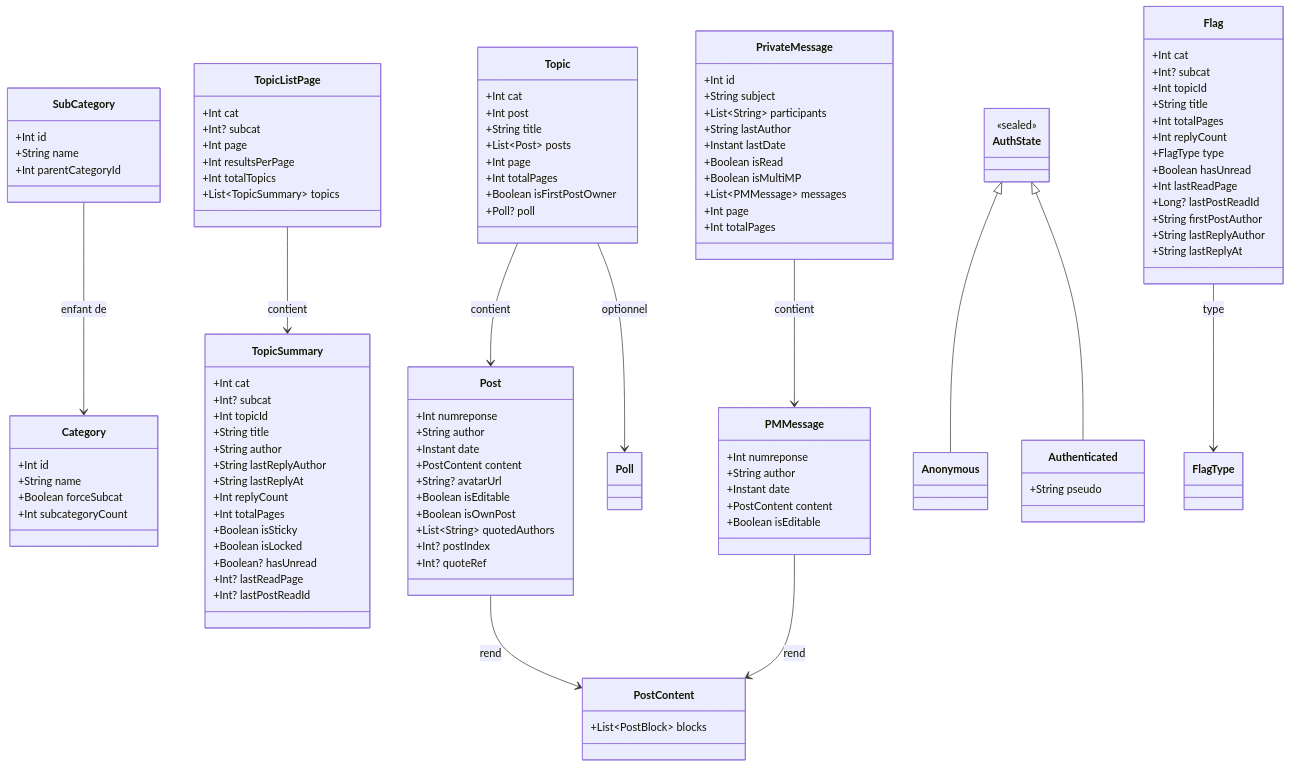
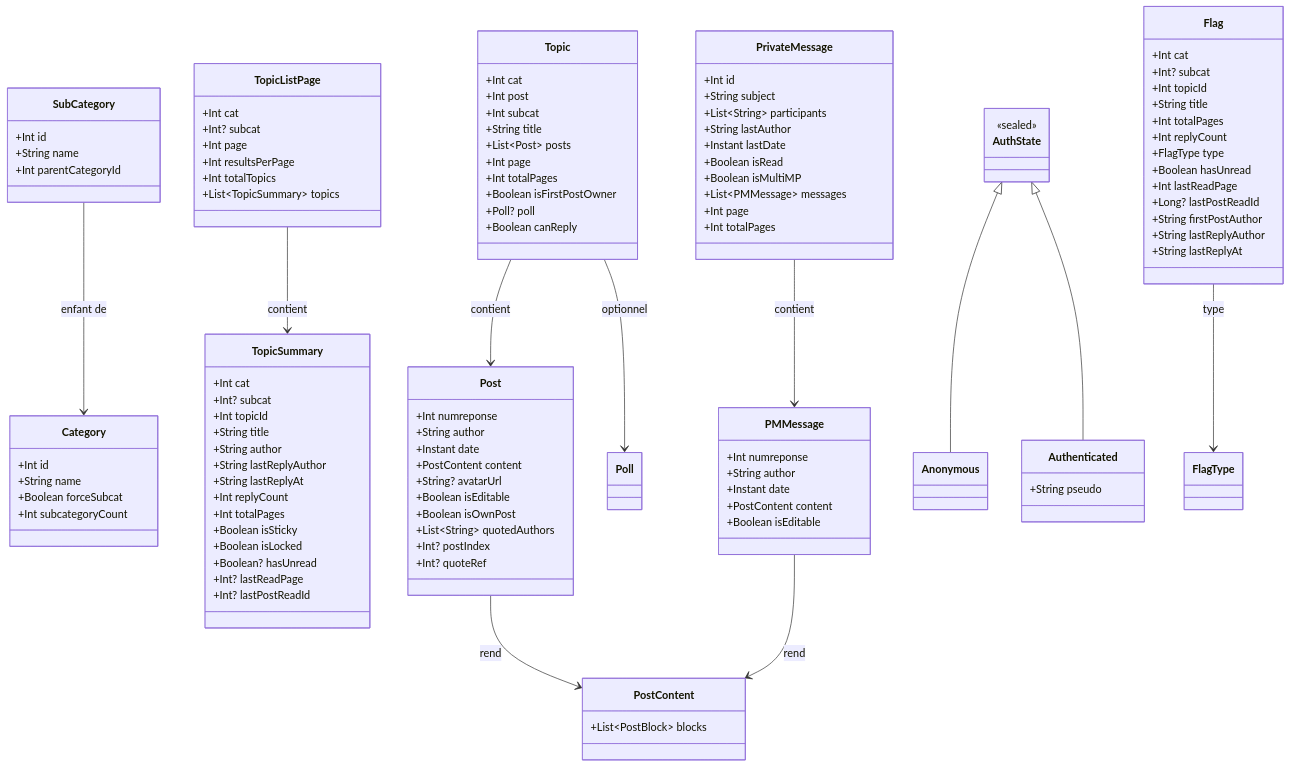
One commit to ForumHFR/redface2 changed the diagram in docs/specs/models.md. Above: the diagram before and after it, drawn with Mermaid. The commit also changed other lines of this file and 58 other files, not shown here.

```diff
--- a/docs/specs/models.md
+++ b/docs/specs/models.md
@@ -73,12 +73,14 @@
     class Topic {
         +Int cat
         +Int post
+        +Int subcat
         +String title
         +List~Post~ posts
         +Int page
         +Int totalPages
         +Boolean isFirstPostOwner
         +Poll? poll
+        +Boolean canReply
     }
 
     class Post {
```
